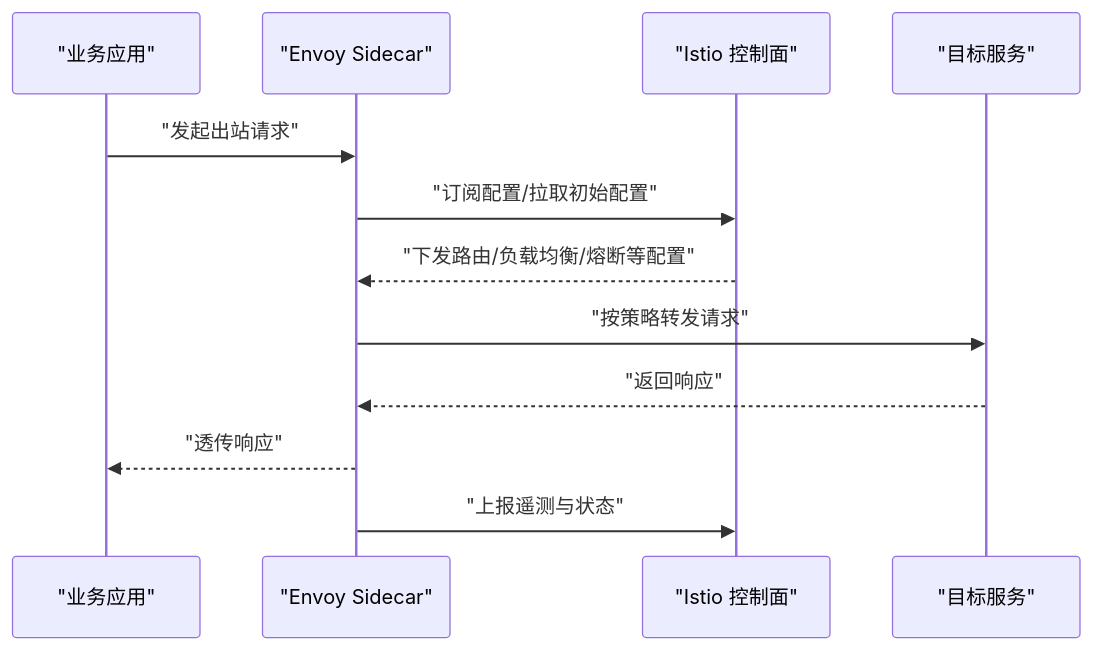
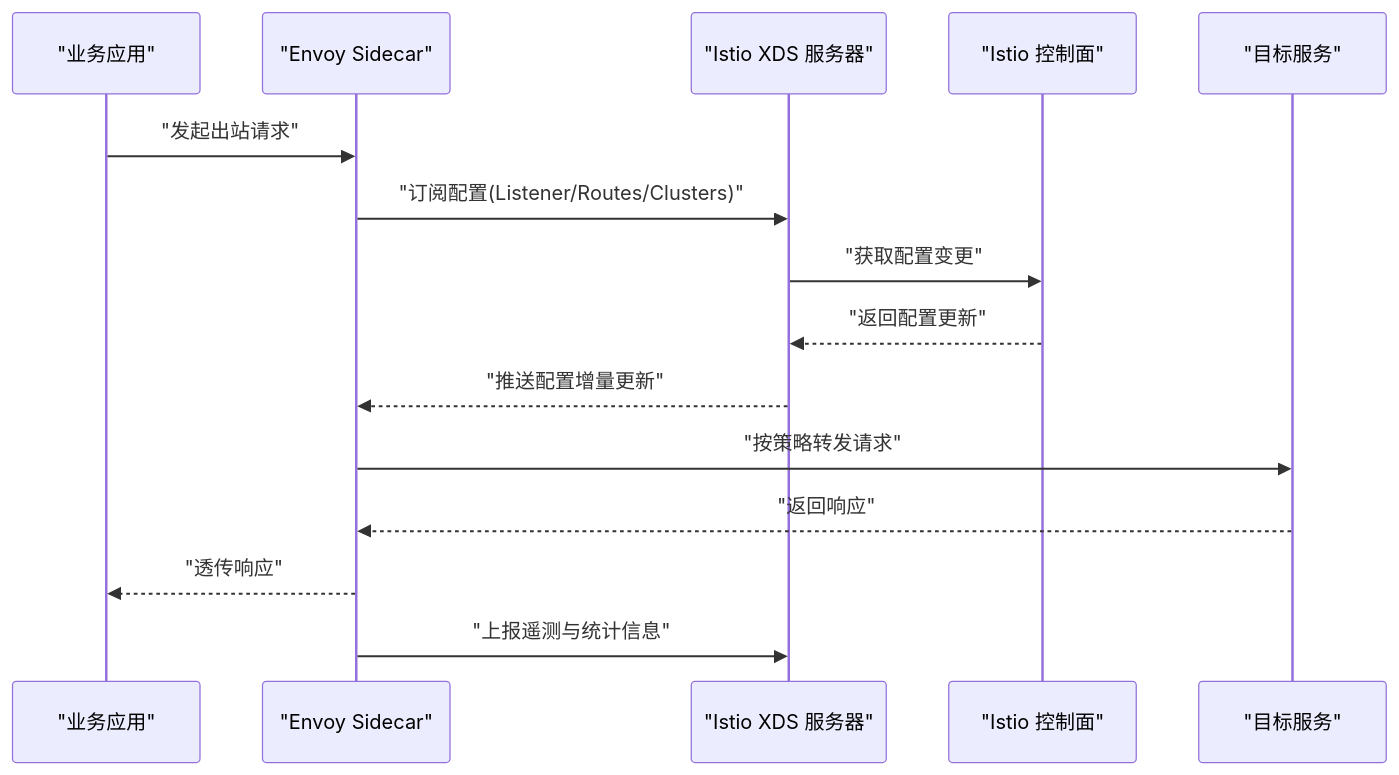
One commit to nianjiang/nianjiang.github.io changed the third of 7 diagrams in .qoder/repowiki/zh/content/技术文档体系/Istio服务网格/Istio服务网格.md. Above: the diagram before and after it, drawn with Mermaid. The commit also changed other lines of this file and 21 other files, not shown here.

````diff
--- a/.qoder/repowiki/zh/content/技术文档体系/Istio服务网格/Istio服务网格.md
+++ b/.qoder/repowiki/zh/content/技术文档体系/Istio服务网格/Istio服务网格.md
@@ -111,14 +135,17 @@
 ```mermaid
 sequenceDiagram
 participant App as "业务应用"
 participant Sidecar as "Envoy Sidecar"
+participant XDS as "Istio XDS 服务器"
 participant Control as "Istio 控制面"
 participant Backend as "目标服务"
 App->>Sidecar : "发起出站请求"
-Sidecar->>Control : "订阅配置/拉取初始配置"
-Control-->>Sidecar : "下发路由/负载均衡/熔断等配置"
+Sidecar->>XDS : "订阅配置(Listener/Routes/Clusters)"
+XDS->>Control : "获取配置变更"
+Control-->>XDS : "返回配置更新"
+XDS-->>Sidecar : "推送配置增量更新"
 Sidecar->>Backend : "按策略转发请求"
 Backend-->>Sidecar : "返回响应"
 Sidecar-->>App : "透传响应"
-Sidecar->>Control : "上报遥测与状态"
+Sidecar->>XDS : "上报遥测与统计信息"
 ```
````
